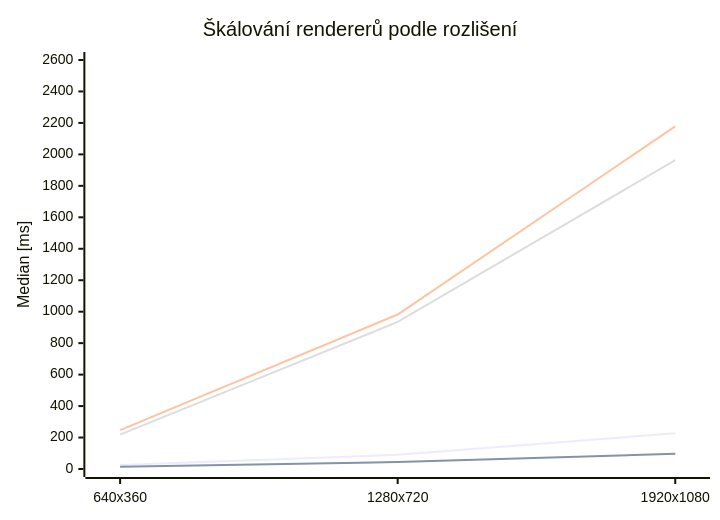
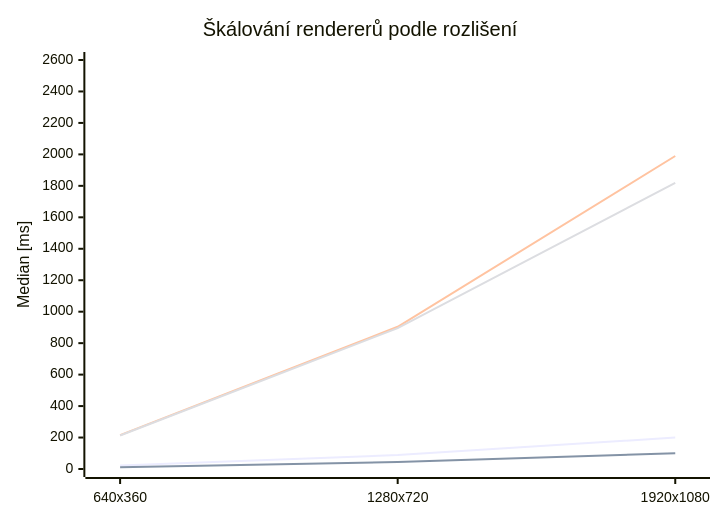
One commit to Esperosa/3D-Renderer-Josefina---PGR2 changed the first of 10 diagrams in README.md. Above: the diagram before and after it, drawn with Mermaid. The commit also changed other lines of this file and 3 other files, not shown here.

````diff
--- a/README.md
+++ b/README.md
@@ -124,10 +124,10 @@
 ```mermaid
 xychart-beta
     title "Škálování rendererů podle rozlišení"
     x-axis ["640x360", "1280x720", "1920x1080"]
     y-axis "Median [ms]" 0 --> 2600
-    line "Raster / PHONG" [25.48, 90.35, 226.88]
-    line "Temporal Noise" [14.02, 44.46, 96.66]
-    line "Ray Tracing" [247.42, 982.08, 2178.36]
-    line "Path Tracing" [218.92, 934.81, 1962.84]
+    line "Raster / PHONG" [22.61, 88.81, 199.48]
+    line "Temporal Noise" [10.51, 44.39, 100.10]
+    line "Ray Tracing" [215.22, 904.38, 1989.61]
+    line "Path Tracing" [212.90, 895.71, 1819.39]
 ```
````
